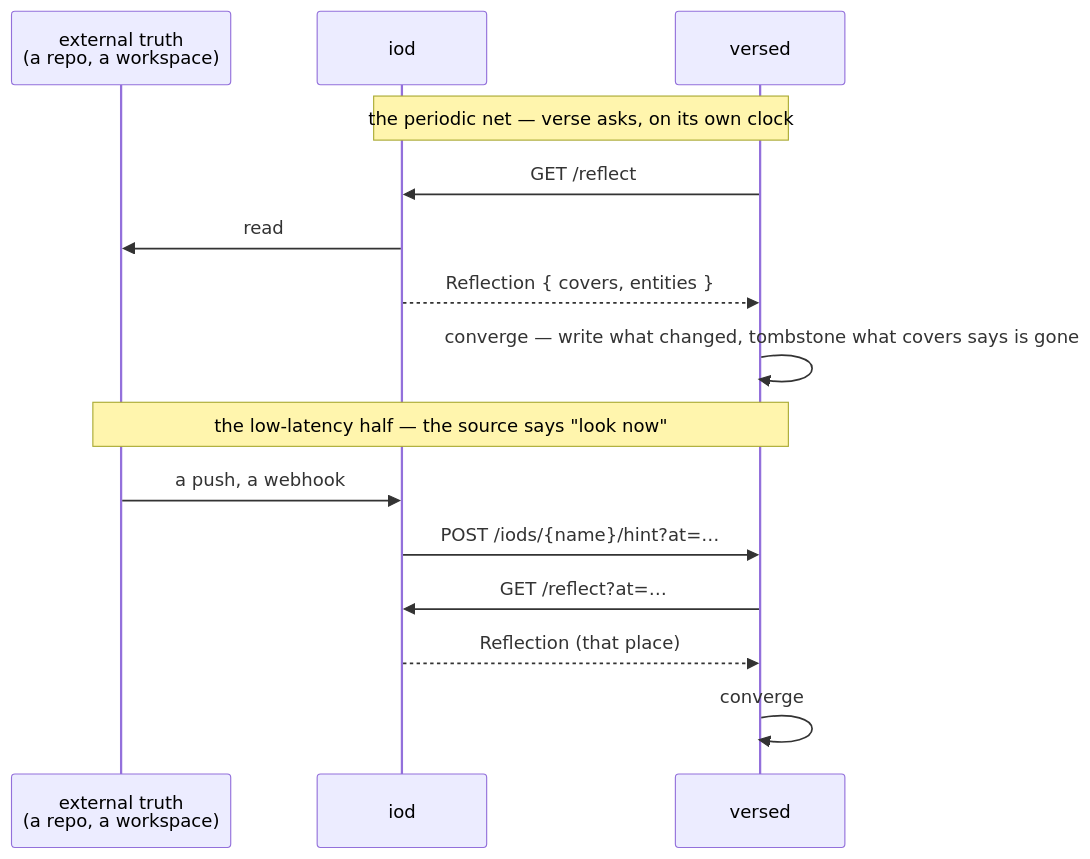
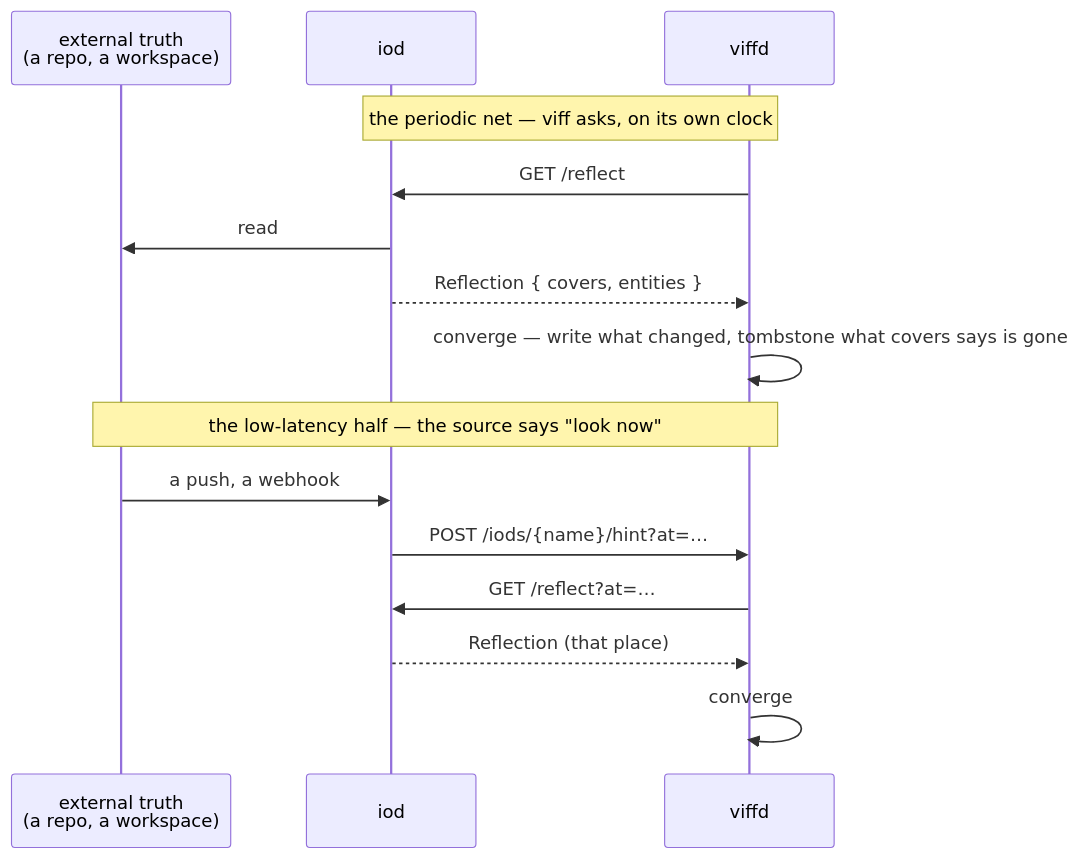
One commit to signadot/viff changed the third of 3 diagrams in docs/seams.md. Above: the diagram before and after it, drawn with Mermaid. The commit also changed other lines of this file and 1510 other files, not shown here.

First line of the commit message:
rename: verse is viff (scripts/rename.sh)

````diff
--- a/docs/seams.md
+++ b/docs/seams.md
@@ -171,19 +171,19 @@
 ```mermaid
 sequenceDiagram
   participant X as external truth<br/>(a repo, a workspace)
   participant Src as iod
-  participant V as versed
+  participant V as viffd
 
-  Note over V,Src: the periodic net — verse asks, on its own clock
+  Note over V,Src: the periodic net — viff asks, on its own clock
   V->>Src: GET /reflect
   Src->>X: read
   Src-->>V: Reflection { covers, entities }
   V->>V: converge — write what changed, tombstone what covers says is gone
 
   Note over X,V: the low-latency half — the source says "look now"
   X->>Src: a push, a webhook
   Src->>V: POST /iods/{name}/hint?at=…
   V->>Src: GET /reflect?at=…
   Src-->>V: Reflection (that place)
   V->>V: converge
 ```
````
